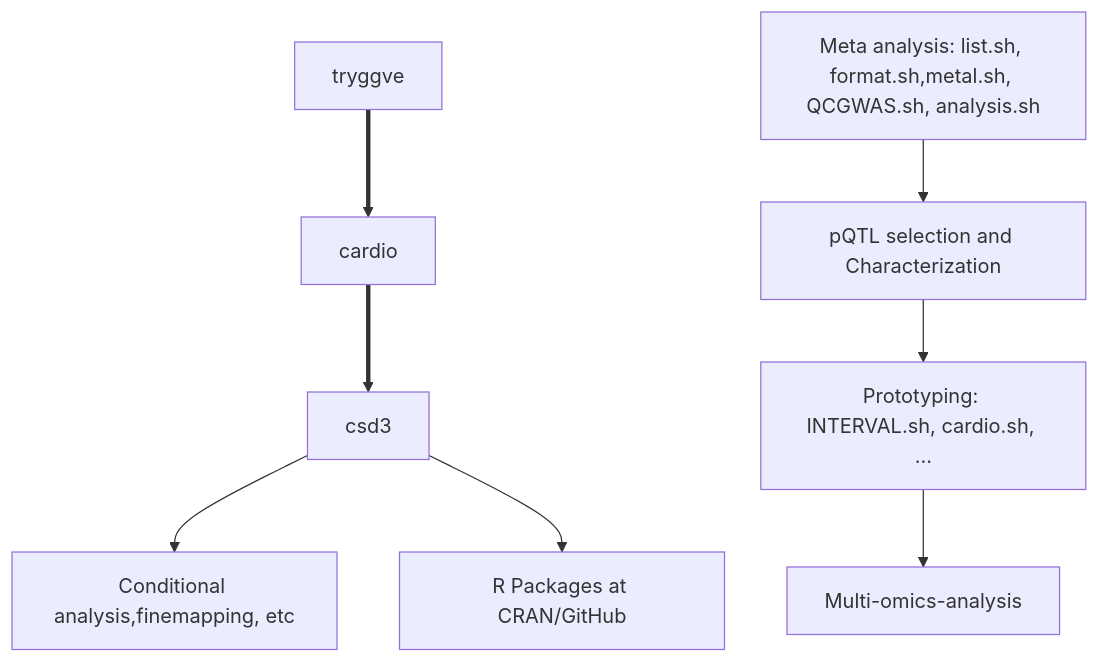
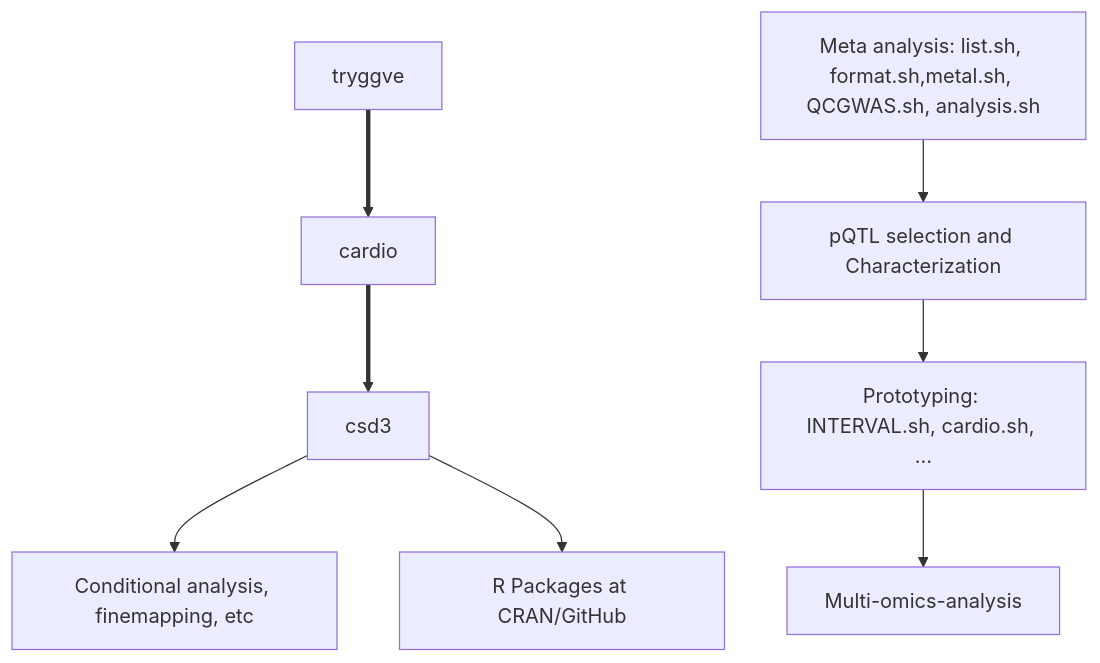
Before and after one commit to jinghuazhao/INF: the diagram in README.md, drawn with Mermaid. The commit also changed other lines of this file, not shown here.

Commit message:
README.md

````diff
--- a/README.md
+++ b/README.md
@@ -44,10 +44,10 @@
 ```mermaid
 graph TB;
   tryggve ==> cardio;
   cardio ==> csd3;
-  csd3 --> csd3Analysis[Conditional analysis,finemapping, etc];
+  csd3 --> csd3Analysis[Conditional analysis, finemapping, etc];
   csd3 --> software[R Packages at CRAN/GitHub]; 
   tryggveAnalysis[Meta analysis: list.sh, format.sh,metal.sh, QCGWAS.sh, analysis.sh] --> GWAS[pQTL selection and Characterization];
   GWAS --> Prototyping[Prototyping: INTERVAL.sh, cardio.sh, ...];
   Prototyping --> Multi-omics-analysis;
 ```
````
